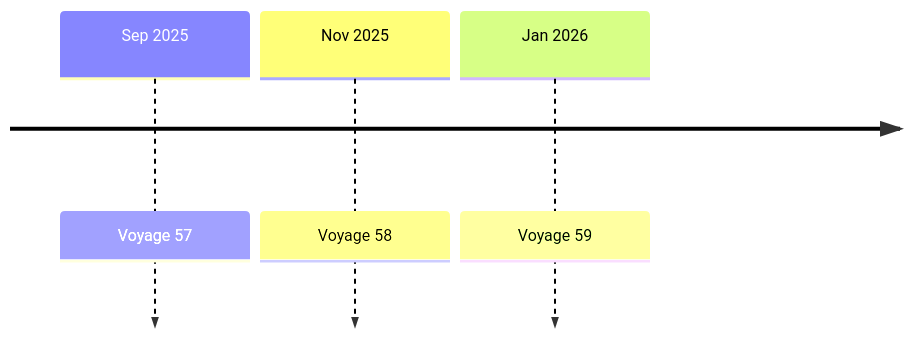
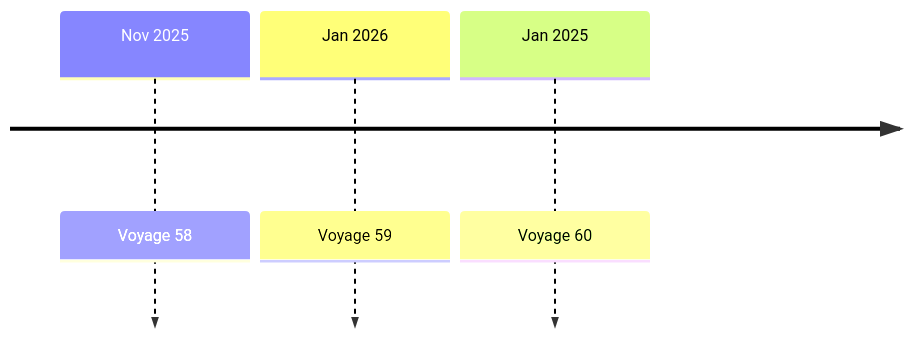
One commit to chingu-voyages/Handbook changed the first of 3 diagrams in docs/guides/voyage/voyage.md. Above: the diagram before and after it, drawn with Mermaid. The commit also changed other lines of this file, not shown here.

Commit message:
Feature: Update voyage schedule to include Voyage 60 and adjust dates accordingly

````diff
--- a/docs/guides/voyage/voyage.md
+++ b/docs/guides/voyage/voyage.md
@@ -31,6 +31,6 @@
 ```mermaid
   timeline
-    Sep 2025 : Voyage 57
     Nov 2025 : Voyage 58
     Jan 2026 : Voyage 59
+    Jan 2025 : Voyage 60
 ```
````
